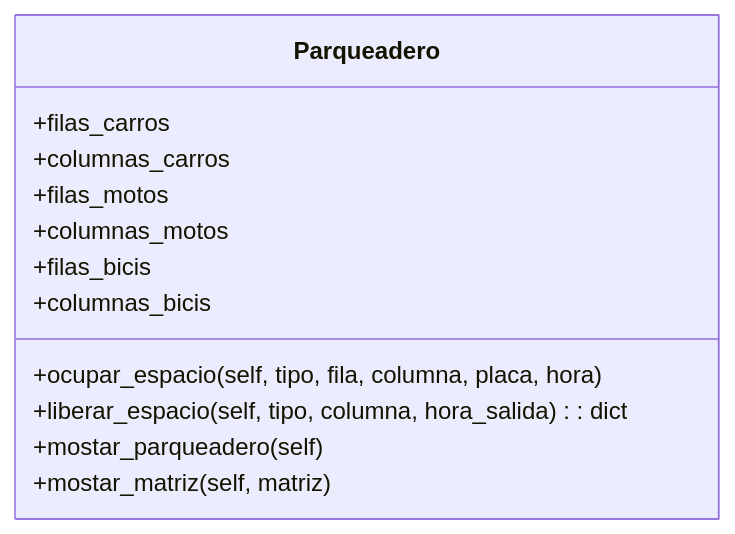
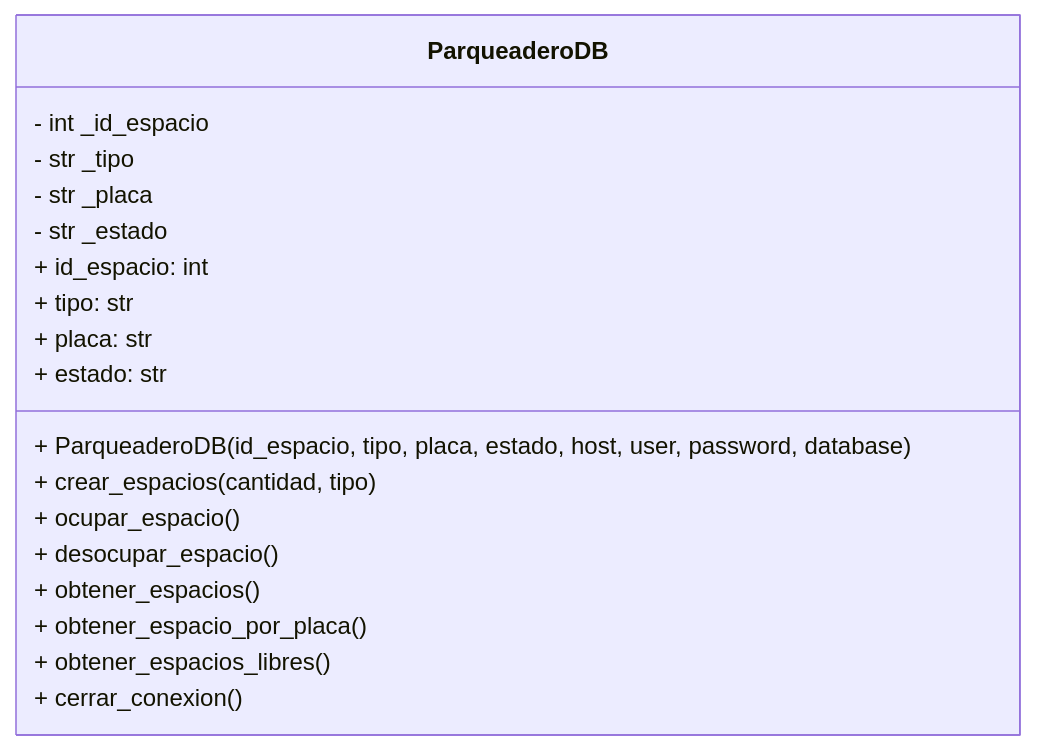
Before and after one commit to Fabian0611/Project_POO: the sixth of 7 diagrams in README.md, drawn with Mermaid. The commit also changed other lines of this file, not shown here.

````diff
--- a/README.md
+++ b/README.md
@@ -269,15 +254,21 @@
 ``` mermaid
 classDiagram
-    class Parqueadero{
-        +filas_carros
-        +columnas_carros
-        +filas_motos
-        +columnas_motos
-        +filas_bicis
-        +columnas_bicis
-        +ocupar_espacio(self, tipo, fila, columna, placa, hora)
-        +liberar_espacio(self, tipo, columna, hora_salida): dict
-        +mostar_parqueadero(self)
-        +mostar_matriz(self, matriz)
+class ParqueaderoDB {
+        - int _id_espacio
+        - str _tipo
+        - str _placa
+        - str _estado
+        + ParqueaderoDB(id_espacio, tipo, placa, estado, host, user, password, database)
+        + id_espacio: int
+        + tipo: str
+        + placa: str
+        + estado: str
+        + crear_espacios(cantidad, tipo)
+        + ocupar_espacio()
+        + desocupar_espacio()
+        + obtener_espacios()
+        + obtener_espacio_por_placa()
+        + obtener_espacios_libres()
+        + cerrar_conexion()
     }
 ```
````
